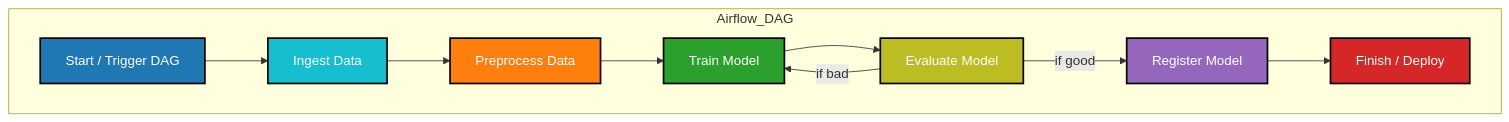
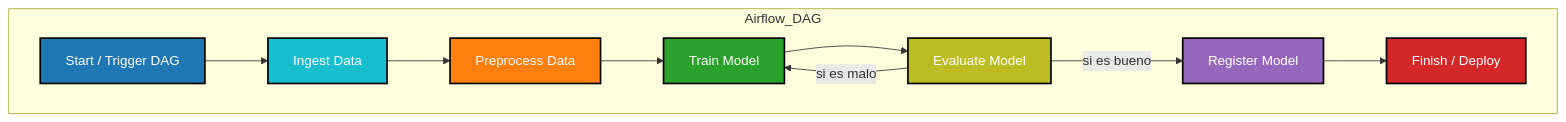
The third of 3 diagrams in README.md (DanteMendoza/AP_2025_B3_TP2_Mendoza_Dante), drawn with Mermaid before and after one commit.

Commit message:
Update README.md
v17

````diff
--- a/README.md
+++ b/README.md
@@ -62,23 +62,23 @@
 ```mermaid
 flowchart TD
     subgraph Airflow_DAG
         Start["Start / Trigger DAG"] --> Ingest["Ingest Data"]
         Ingest --> Preprocess["Preprocess Data"]
         Preprocess --> Train["Train Model"]
         Train --> Evaluate["Evaluate Model"]
 
-        Evaluate --> |if good| Register_Model["Register Model"]
-        Evaluate --> |if bad| Train
+        Evaluate --> |si es bueno| Register_Model["Register Model"]
+        Evaluate --> |si es malo| Train
 
         Register_Model --> End["Finish / Deploy"]
     end
 
     %% Estilos
     style Start fill:#1f77b4,stroke:#000,stroke-width:2px,color:#fff
     style Ingest fill:#17becf,stroke:#000,stroke-width:2px,color:#fff
     style Preprocess fill:#ff7f0e,stroke:#000,stroke-width:2px,color:#fff
     style Train fill:#2ca02c,stroke:#000,stroke-width:2px,color:#fff
     style Evaluate fill:#bcbd22,stroke:#000,stroke-width:2px,color:#fff
     style Register_Model fill:#9467bd,stroke:#000,stroke-width:2px,color:#fff
     style End fill:#d62728,stroke:#000,stroke-width:2px,color:#fff
 ```
````
